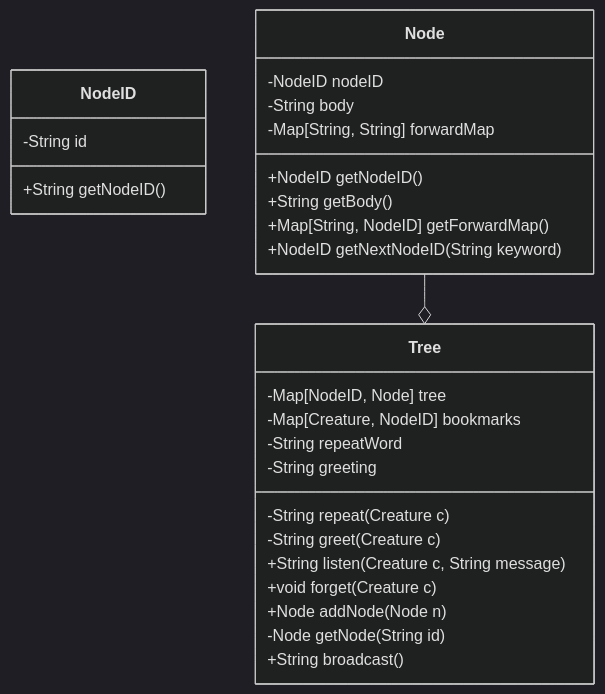
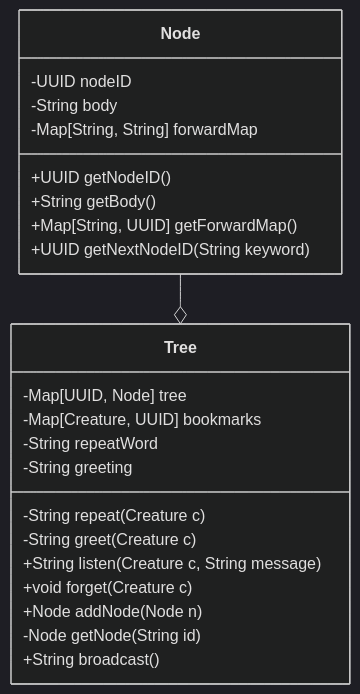
One commit to GeenDutchman/LHF-MUD changed the second of 2 diagrams in gameserver/src/main/java/com/lhf/game/creature/conversation/conversation.md. Above: the diagram before and after it, drawn with Mermaid (dark theme). The commit also changed 3 other files, not shown here.

Commit message:
NodeID -> UUID

````diff
--- a/gameserver/src/main/java/com/lhf/game/creature/conversation/conversation.md
+++ b/gameserver/src/main/java/com/lhf/game/creature/conversation/conversation.md
@@ -22,34 +22,30 @@
 ```mermaid
 classDiagram
     direction TD
-    class NodeID {
-        -String id
-        +String getNodeID()
-    }
 
     class Node {
-        -NodeID nodeID
+        -UUID nodeID
         -String body
         -Map[String, String] forwardMap
-        +NodeID getNodeID()
+        +UUID getNodeID()
         +String getBody()
-        +Map[String, NodeID] getForwardMap()
-        +NodeID getNextNodeID(String keyword)
+        +Map[String, UUID] getForwardMap()
+        +UUID getNextNodeID(String keyword)
     }
 
     class Tree {
-        -Map[NodeID, Node] tree
-        -Map[Creature, NodeID] bookmarks
+        -Map[UUID, Node] tree
+        -Map[Creature, UUID] bookmarks
         -String repeatWord
         -String greeting
         -String repeat(Creature c)
         -String greet(Creature c)
         +String listen(Creature c, String message)
         +void forget(Creature c)
         +Node addNode(Node n)
         -Node getNode(String id)
         +String broadcast()
     }
 
     Node --o Tree
 ```
````
